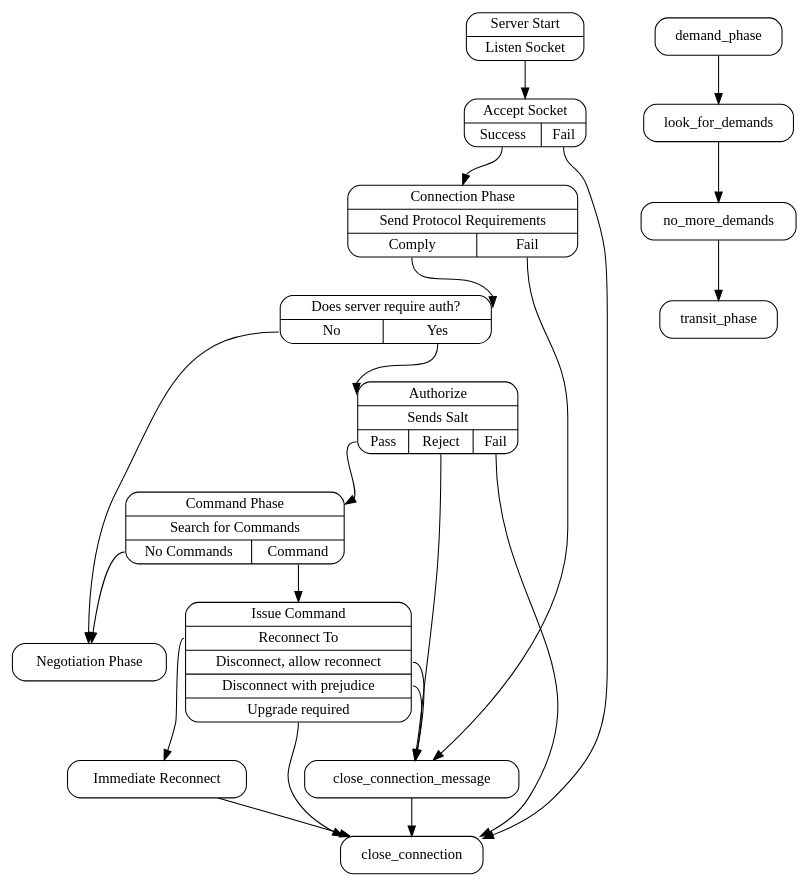
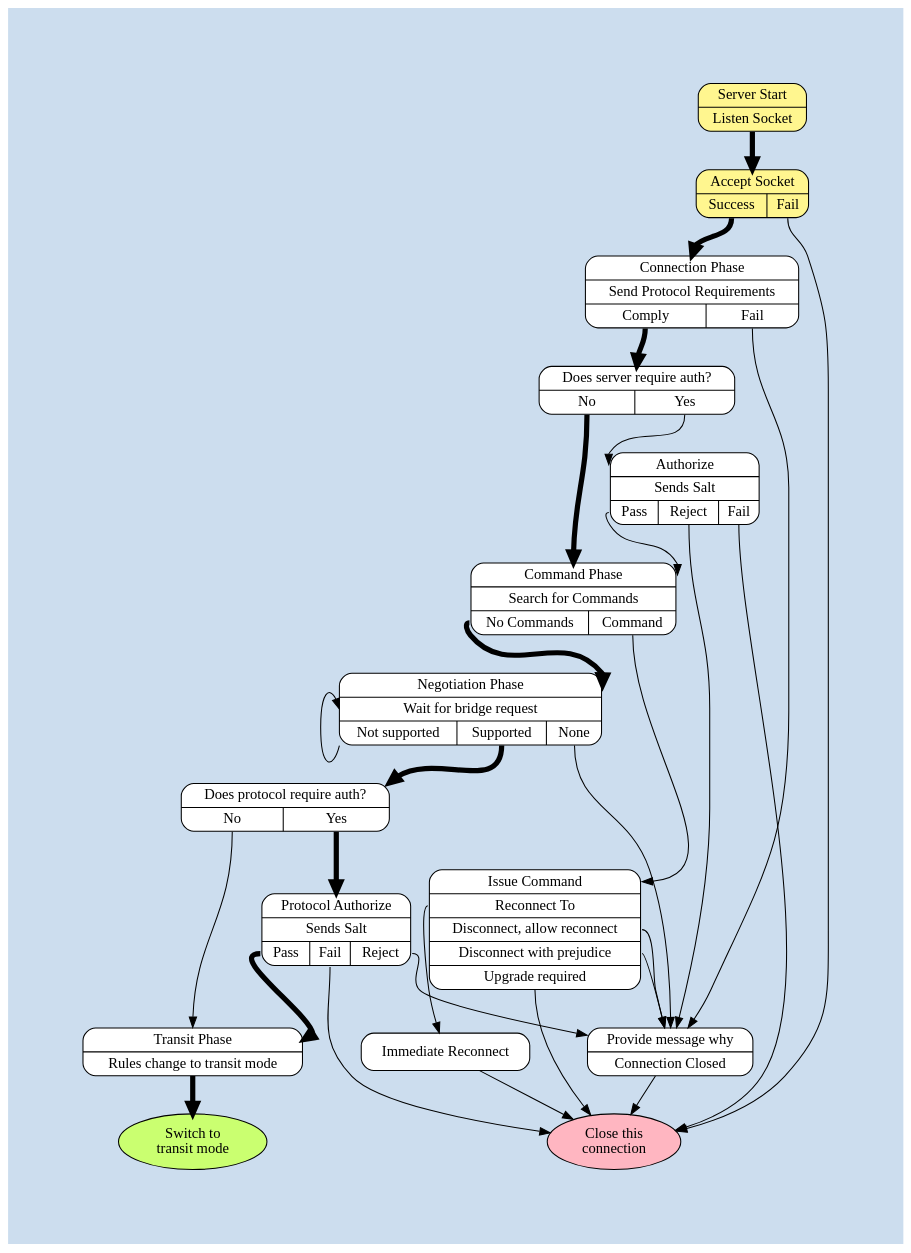
Before and after one commit to StoneCypher/scutil.github.com: the diagram in spec/NBP Diagram.dot, drawn with Graphviz. The commit also changed 2 other files, not shown here.

Commit message:
Server NBP Protocol probably now complete

```diff
--- a/spec/NBP Diagram.dot
+++ b/spec/NBP Diagram.dot
@@ -1,52 +1,68 @@
 // $Revision$
 
 digraph G {
 
-    graph [];
-    node  [shape=Mrecord];
+    graph [bgcolor="#ccddee" style=filled pad=1];
+    node  [fillcolor=white style=filled shape=Mrecord fontname="candara"];
     edge  [];
 
-    "server_start"        [label="{Server Start|<listensocket>Listen Socket}"];
-    "accept_socket"       [label="{<in>Accept Socket|{<success>Success|<fail>Fail}}"];
-    "connection_phase"    [label="{<in>Connection Phase|Send Protocol Requirements|{<comply>Comply|<fail>Fail}}"];
-    "require_auth"        [label="{<in>Does server require auth?|{<no>No|<yes>Yes}}"];
-    "authorize"           [label="{<in>Authorize|Sends Salt|{<pass>Pass|<reject>Reject|<fail>Fail}}"]
-    "command_phase"       [label="{<in>Command Phase|Search for Commands|{<nocommands>No Commands|<command>Command}}"];
-    "issue_command"       [label="{<in>Issue Command|<reconnectto>Reconnect To|<disconnect>Disconnect, allow reconnect|<disconnectpr>Disconnect with prejudice|<upgrade>Upgrade required}"];
-    "negotiation_phase"   [label="{<in>Negotiation Phase}"]
-    "immediate_reconnect" [label="Immediate Reconnect"]
+    "server_start"             [label="{Server Start|<listensocket>Listen Socket}"        fillcolor=khaki1 style=filled];
+    "accept_socket"            [label="{<in>Accept Socket|{<success>Success|<fail>Fail}}" fillcolor=khaki1 style=filled];
+    "connection_phase"         [label="{<in>Connection Phase|Send Protocol Requirements|{<comply>Comply|<fail>Fail}}"];
+    "require_auth"             [label="{<in>Does server require auth?|{<no>No|<yes>Yes}}"];
+    "authorize"                [label="{<in>Authorize|Sends Salt|{<pass>Pass|<reject>Reject|<fail>Fail}}"];
+    "command_phase"            [label="{<in>Command Phase|Search for Commands|{<nocommands>No Commands|<command>Command}}"];
+    "issue_command"            [label="{<in>Issue Command|<reconnectto>Reconnect To|<disconnect>Disconnect, allow reconnect|<disconnectpr>Disconnect with prejudice|<upgrade>Upgrade required}"];
+    "negotiation_phase"        [label="{<in>Negotiation Phase|<wait>Wait for bridge request|{<bad>Not supported|<good>Supported|<none>None}}"];
+    "protocol_require_auth"    [label="{<in>Does protocol require auth?|{<no>No|<yes>Yes}}"];
+    "protocol_authorize"       [label="{<in>Protocol Authorize|Sends Salt|{<pass>Pass|<fail>Fail|<reject>Reject}}"];
+    "transit_phase"            [label="{<in>Transit Phase|Rules change to transit mode}"];
+    "immediate_reconnect"      [label="Immediate Reconnect"];
+    "close_connection_message" [label="{Provide message why|Connection Closed}"];
+    "close_connection"         [label="Close this\nconnection" shape=ellipse fillcolor=lightpink style=filled]
+    "start_transit_phase"      [label="Switch to\ntransit mode" shape=ellipse fillcolor=darkolivegreen1 style=filled]
 
-    server_start:listensocket     -> accept_socket:in               [];
+    server_start:listensocket     -> accept_socket:in               [penwidth=5];
 
-    accept_socket:success         -> connection_phase:in            [];
+    accept_socket:success         -> connection_phase:in            [penwidth=5];
     accept_socket:fail            -> close_connection               [];
 
-    connection_phase:comply       -> require_auth:in                [];
+    connection_phase:comply       -> require_auth:in                [penwidth=5];
     connection_phase:fail         -> close_connection_message       [];
 
     require_auth:yes              -> authorize:in                   [];
-    require_auth:no               -> negotiation_phase:in           [];
+    require_auth:no               -> command_phase:in               [penwidth=5];
 
     close_connection_message      -> close_connection               [];
 
     authorize:pass                -> command_phase:in               [];
     authorize:fail                -> close_connection               [];
     authorize:reject              -> close_connection_message       [];
 
     command_phase:command         -> issue_command:in               [];
 
     issue_command:reconnectto:w   -> immediate_reconnect            [];
     issue_command:disconnect:e    -> close_connection_message       [];
     issue_command:disconnectpr:e  -> close_connection_message       [];
     issue_command:upgrade:s       -> close_connection               [];
 
     immediate_reconnect           -> close_connection               [];
 
-    command_phase:nocommands      -> negotiation_phase:in           [];
+    command_phase:nocommands      -> negotiation_phase:in           [penwidth=5];
 
-    demand_phase -> look_for_demands -> no_more_demands -> transit_phase
+    negotiation_phase:bad:sw      -> negotiation_phase:wait:w       [constraint=false];
+    negotiation_phase:none:s      -> close_connection_message       [];
+    negotiation_phase:good:s      -> protocol_require_auth:in:ne    [penwidth=5];
 
+    protocol_require_auth:yes     -> protocol_authorize:in          [penwidth=5];
+    protocol_require_auth:no      -> transit_phase:in               [];
+
+    protocol_authorize:pass       -> transit_phase:in               [penwidth=5];
+    protocol_authorize:fail       -> close_connection               [];
+    protocol_authorize:reject     -> close_connection_message       [];
+
+    transit_phase                 -> start_transit_phase            [penwidth=5];
 
 
 
 }
```
